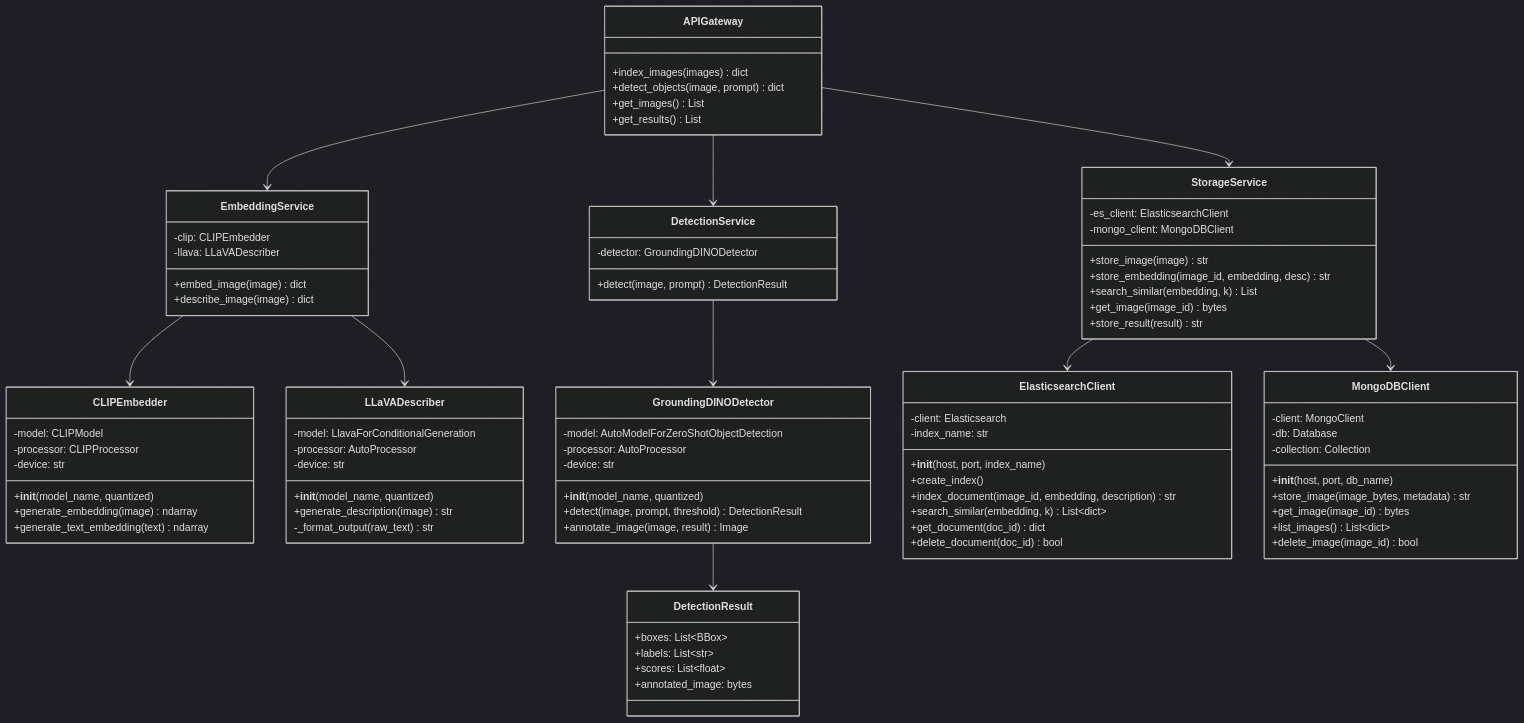
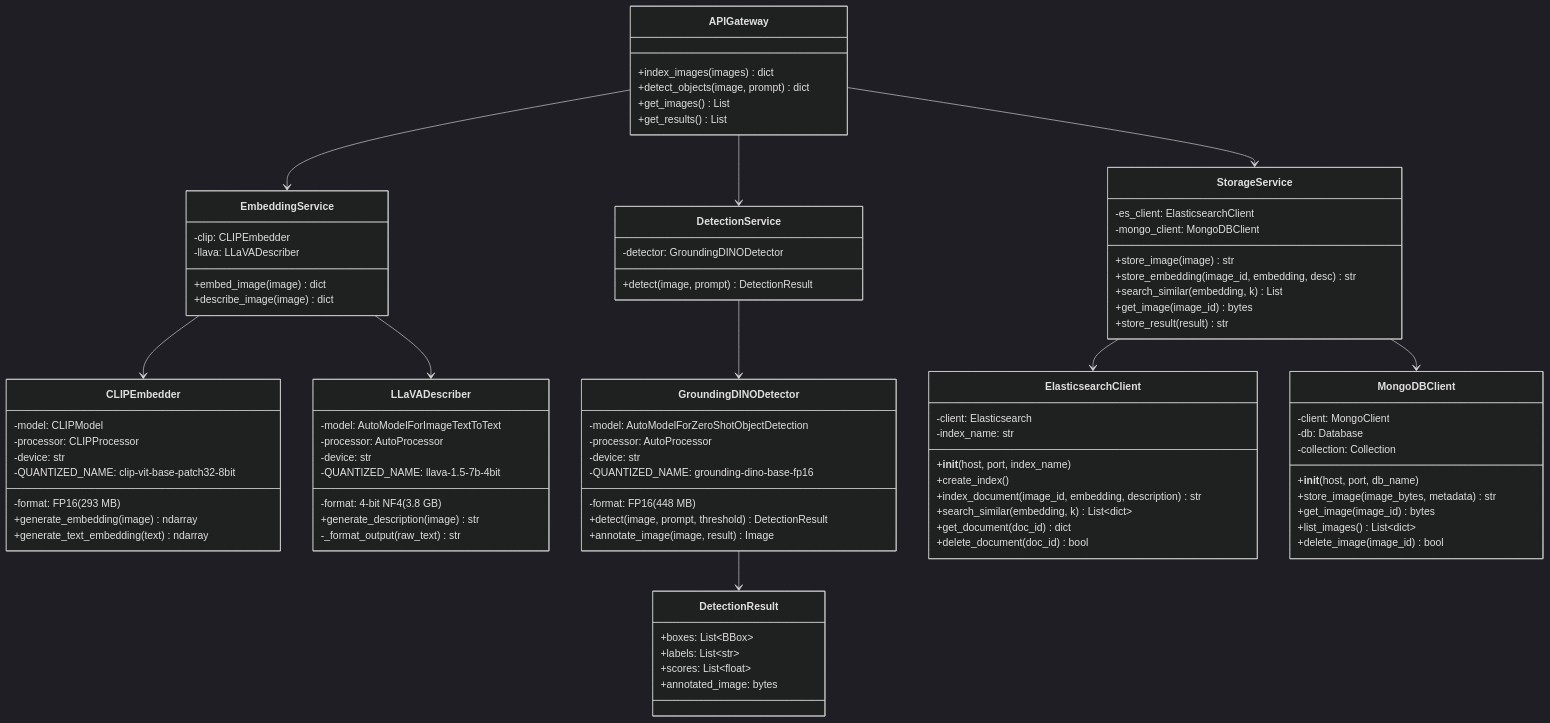
One commit to NouhaBHY/multimodalRAG_open-set-object-detection_VLLM changed the fifth of 5 diagrams in docs/diagrams.md. Above: the diagram before and after it, drawn with Mermaid (dark theme). The commit also changed other lines of this file and 7 other files, not shown here.

```diff
--- a/docs/diagrams.md
+++ b/docs/diagrams.md
@@ -158,16 +167,18 @@
         -model: CLIPModel
         -processor: CLIPProcessor
         -device: str
-        +__init__(model_name, quantized)
+        -QUANTIZED_NAME: clip-vit-base-patch32-8bit
+        -format: FP16 (293 MB)
         +generate_embedding(image) ndarray
         +generate_text_embedding(text) ndarray
     }
 
     class LLaVADescriber {
-        -model: LlavaForConditionalGeneration
+        -model: AutoModelForImageTextToText
         -processor: AutoProcessor
         -device: str
-        +__init__(model_name, quantized)
+        -QUANTIZED_NAME: llava-1.5-7b-4bit
+        -format: 4-bit NF4 (3.8 GB)
         +generate_description(image) str
         -_format_output(raw_text) str
     }
@@ -176,7 +187,8 @@
         -model: AutoModelForZeroShotObjectDetection
         -processor: AutoProcessor
         -device: str
-        +__init__(model_name, quantized)
+        -QUANTIZED_NAME: grounding-dino-base-fp16
+        -format: FP16 (448 MB)
         +detect(image, prompt, threshold) DetectionResult
         +annotate_image(image, result) Image
     }
```
